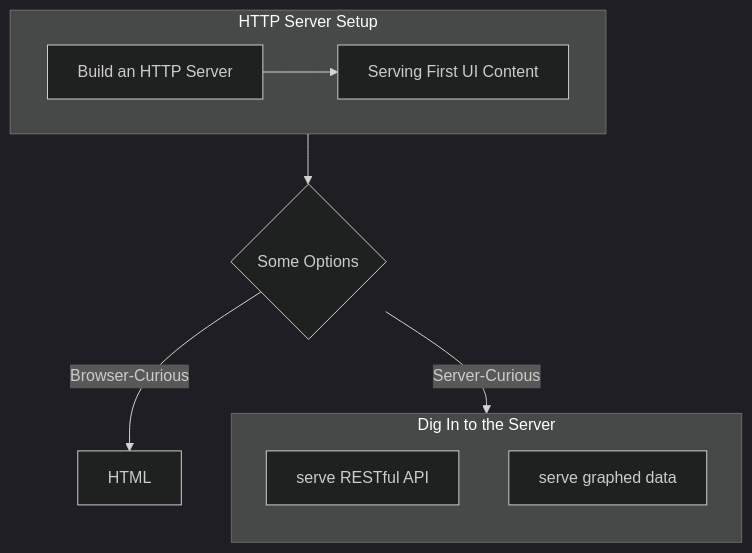
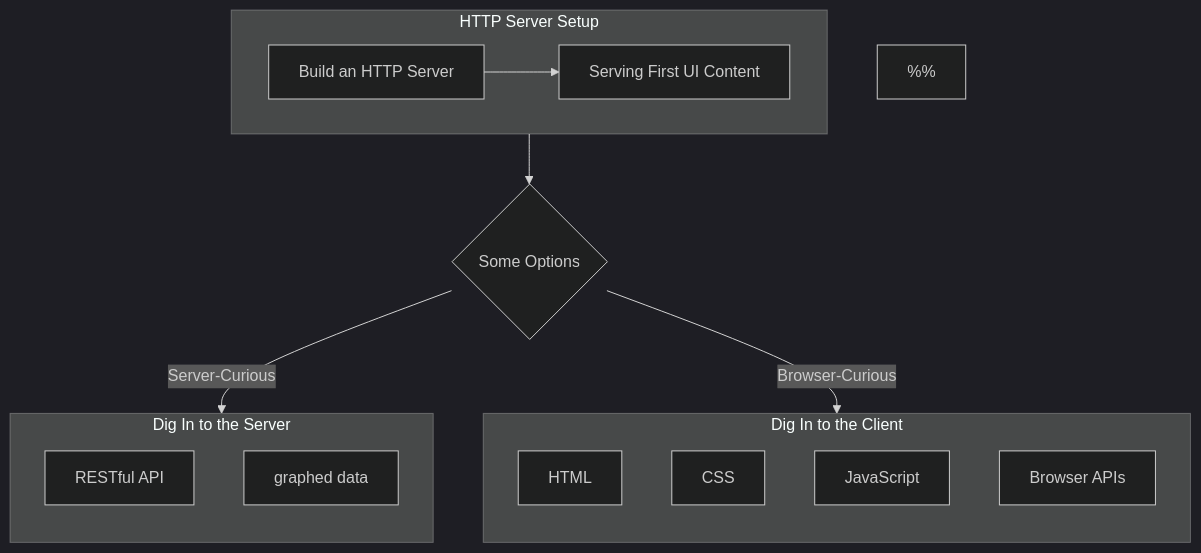
The diagram in content/a-web-first-path.md (imagineLife/big-site), drawn with Mermaid (dark theme) before and after one commit. The commit also changed other lines of this file, not shown here.

````diff
--- a/content/a-web-first-path.md
+++ b/content/a-web-first-path.md
@@ -51,28 +51,52 @@
 ```mermaid
   flowchart TB
+%% List of nodes at top
+%% Composition of nodes into Sub-Graphs & flow layout in graph below
+
+%% NODES
+  HTTPSERVER[Build an HTTP Server];
+  FIRSTUI[Serving First UI Content];
+  OPTS{Some Options}
+
+%% server nodes
+  REST-API[RESTful API];
+  GRAPH-DATA[graphed data];
+
+%% client nodes
+  HTML[HTML]
+  CSS[CSS]
+  JS[JavaScript]
+  BROWSER-APIS[Browser APIs]
+
 
 %%  HTTP server sub-graph
-%% nodes SG1, A, B
-    subgraph SG1[HTTP Server Setup]
-      direction LR
-      A[Build an HTTP Server] --> B[Serving First UI Content];
-    end;
+
+  subgraph SG1[HTTP Server Setup]
+    direction LR
+    HTTPSERVER --> FIRSTUI;
+  end;
 
 %% HTTP sub-graph to options
-%% nodes C
-    SG1 --> C{Some Options};
+    SG1 --> OPTS;
 
 %% Server-Curious SubGraph
-%% nodes SG2, D, E
-    subgraph SG2[Dig In to the Server]
-      direction TB
+  subgraph SG2[Dig In to the Server]
+    direction TB
+    REST-API;
+    GRAPH-DATA;
+  end;
 
-      D[serve RESTful API];
-      E[serve graphed data]
-    end;
+%% Client-Curious SubGraph
+  subgraph SG3[Dig In to the Client]
+    direction TB
+    HTML;
+    CSS;
+    JS;
+    BROWSER-APIS;
+  end;
 
-
-    C --> |Server-Curious| SG2[RESTful APIs];
-    C --> |Browser-Curious| F[HTML];
+%%
+  OPTS --> |Server-Curious| SG2;
+  OPTS --> |Browser-Curious| SG3;
 
 ```
````
